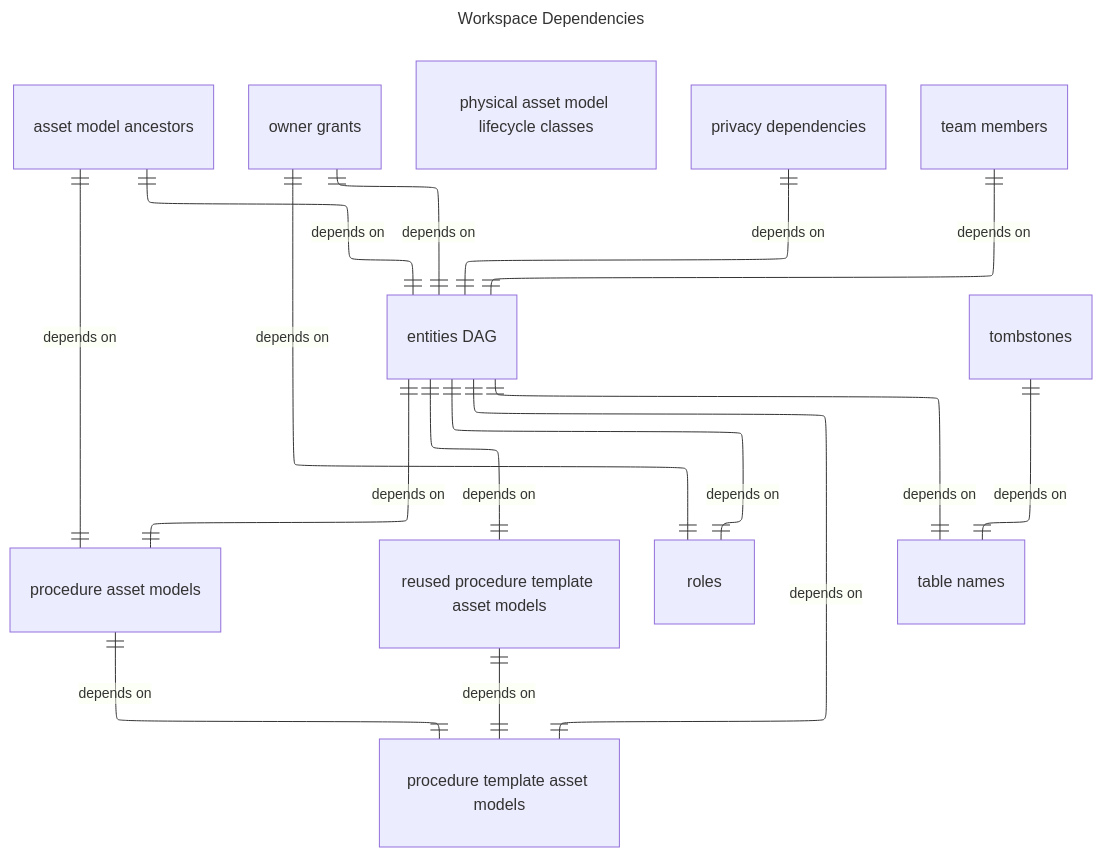
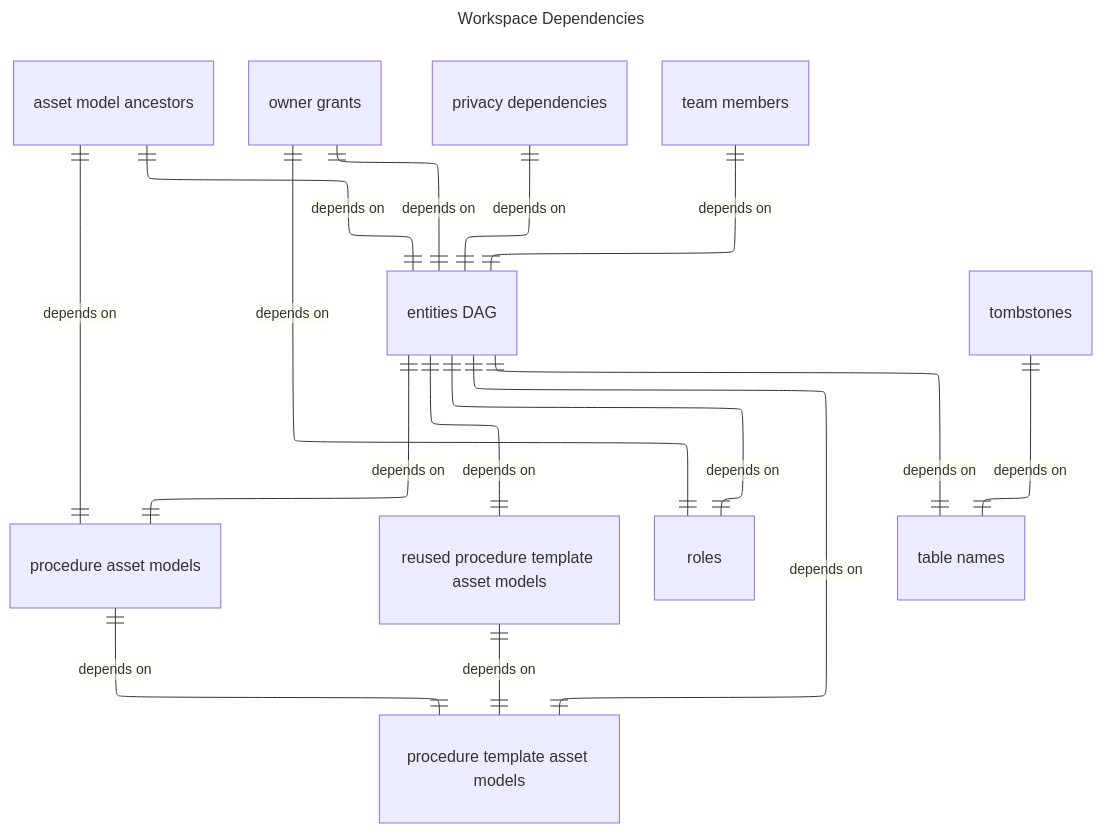
The diagram in builder/workspace_dependencies.mmd (earth-metabolome-initiative/asset-procedure-schema), drawn with Mermaid before and after one commit. The commit also changed 18 other files, not shown here.

Commit message:
refactor: Remove legacy lifecycle classes and update related schemas

```diff
--- a/builder/workspace_dependencies.mmd
+++ b/builder/workspace_dependencies.mmd
@@ -1,35 +1,34 @@
 ---
 config:
   layout: elk
   theme: default
   look: classic
 title: Workspace Dependencies
 ---
 erDiagram
   direction TB
   v3["asset model ancestors"]
   v56["entities DAG"]
   v81["owner grants"]
-  v96["physical asset model lifecycle classes"]
-  v103["privacy dependencies"]
-  v104["procedure asset models"]
-  v105["procedure template asset models"]
-  v108["reused procedure template asset models"]
-  v109["roles"]
-  v118["table names"]
-  v119["team members"]
-  v121["tombstones"]
-  v56 ||--|| v105 : "depends on"
+  v102["privacy dependencies"]
+  v103["procedure asset models"]
+  v104["procedure template asset models"]
+  v107["reused procedure template asset models"]
+  v108["roles"]
+  v117["table names"]
+  v118["team members"]
+  v120["tombstones"]
+  v56 ||--|| v104 : "depends on"
+  v56 ||--|| v107 : "depends on"
+  v56 ||--|| v103 : "depends on"
+  v3 ||--|| v56 : "depends on"
   v56 ||--|| v108 : "depends on"
-  v56 ||--|| v104 : "depends on"
-  v3 ||--|| v56 : "depends on"
-  v56 ||--|| v109 : "depends on"
-  v56 ||--|| v118 : "depends on"
+  v56 ||--|| v117 : "depends on"
   v81 ||--|| v56 : "depends on"
-  v81 ||--|| v109 : "depends on"
-  v103 ||--|| v56 : "depends on"
-  v104 ||--|| v3 : "depends on"
-  v104 ||--|| v105 : "depends on"
-  v108 ||--|| v105 : "depends on"
-  v119 ||--|| v56 : "depends on"
-  v121 ||--|| v118 : "depends on"
+  v81 ||--|| v108 : "depends on"
+  v102 ||--|| v56 : "depends on"
+  v103 ||--|| v3 : "depends on"
+  v103 ||--|| v104 : "depends on"
+  v107 ||--|| v104 : "depends on"
+  v118 ||--|| v56 : "depends on"
+  v120 ||--|| v117 : "depends on"
```
